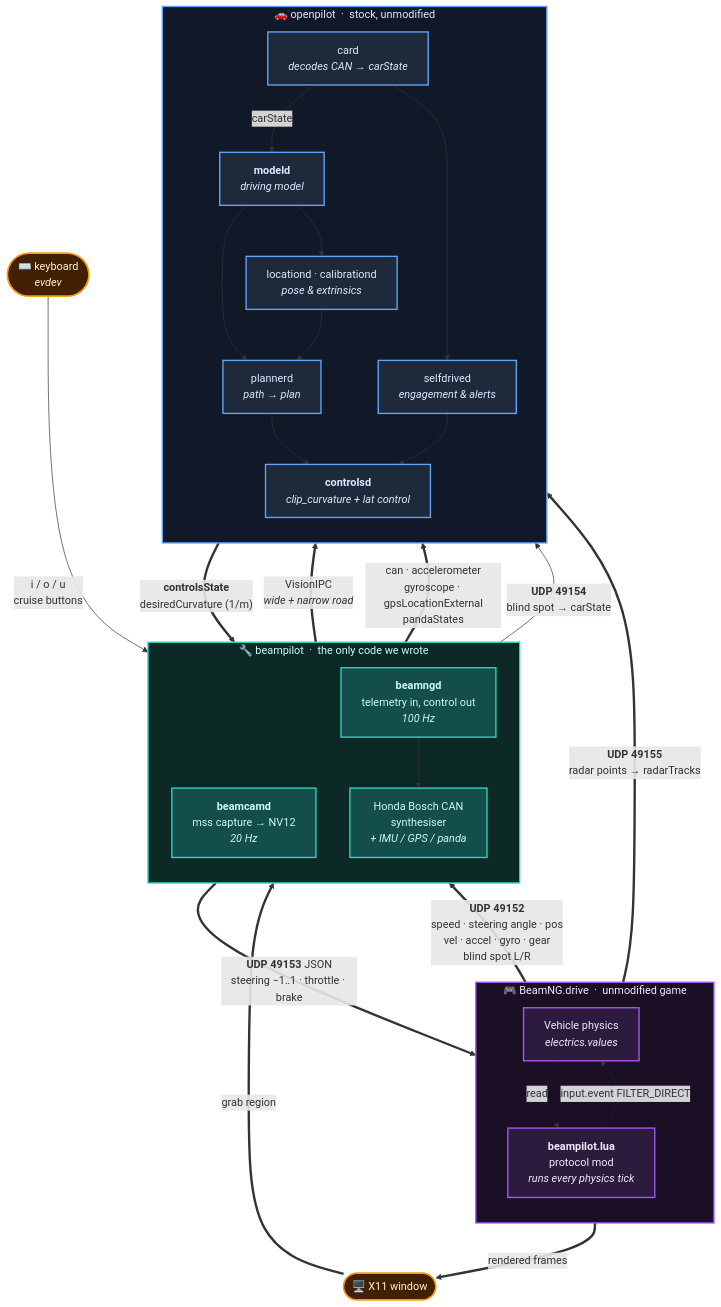
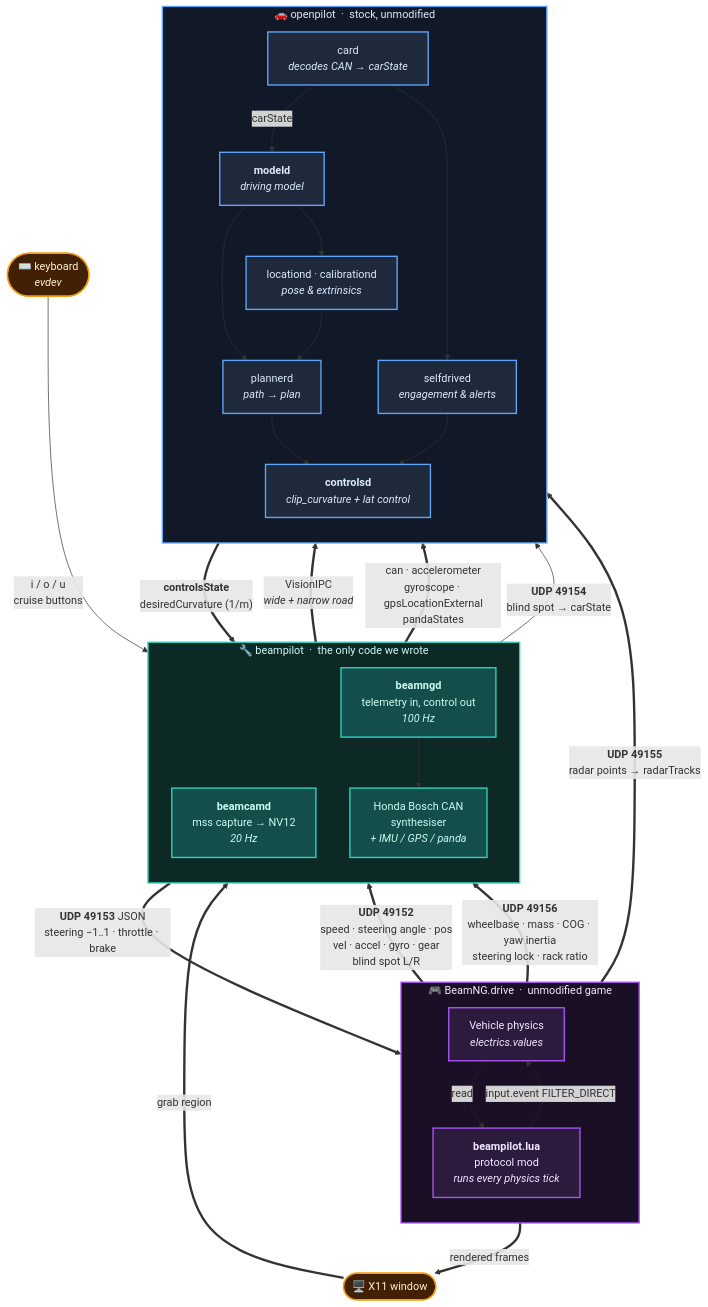
Before and after one commit to Caleb-J773/beampilot-drive: the first of 2 diagrams in README.md, drawn with Mermaid. The commit also changed other lines of this file and 16 other files, not shown here.

````diff
--- a/README.md
+++ b/README.md
@@ -877,67 +985,68 @@
 ```mermaid
 flowchart TB
     subgraph GAME["🎮 BeamNG.drive &nbsp;·&nbsp; unmodified game"]
         direction TB
         PHYS["Vehicle physics<br/><i>electrics.values</i>"]
         LUA["<b>beampilot.lua</b><br/>protocol mod<br/><i>runs every physics tick</i>"]
         PHYS -.->|"read"| LUA
         LUA -.->|"input.event FILTER_DIRECT"| PHYS
     end
 
     subgraph OURS["🔧 beampilot &nbsp;·&nbsp; the only code we wrote"]
         direction TB
         CAM["<b>beamcamd</b><br/>mss capture → NV12<br/><i>20 Hz</i>"]
         BNG["<b>beamngd</b><br/>telemetry in, control out<br/><i>100 Hz</i>"]
         FAKE["Honda Bosch CAN<br/>synthesiser<br/><i>+ IMU / GPS / panda</i>"]
         BNG --> FAKE
     end
 
     subgraph OP["🚗 openpilot &nbsp;·&nbsp; stock, unmodified"]
         direction TB
         CARD["card<br/><i>decodes CAN → carState</i>"]
         MODELD["<b>modeld</b><br/><i>driving model</i>"]
         LOC["locationd · calibrationd<br/><i>pose &amp; extrinsics</i>"]
         PLAN["plannerd<br/><i>path → plan</i>"]
         CTRL["<b>controlsd</b><br/><i>clip_curvature + lat control</i>"]
         SELF["selfdrived<br/><i>engagement &amp; alerts</i>"]
 
         CARD --> SELF
         MODELD --> PLAN
         MODELD --> LOC
         LOC --> PLAN
         PLAN --> CTRL
         SELF --> CTRL
     end
 
     SCREEN(["🖥️ X11 window"])
 
     GAME ==>|"rendered frames"| SCREEN
     SCREEN ==>|"grab region"| CAM
     LUA ==>|"<b>UDP 49152</b><br/>speed · steering angle · pos<br/>vel · accel · gyro · gear<br/>blind spot L/R"| BNG
     CAM ==>|"VisionIPC<br/><i>wide + narrow road</i>"| MODELD
     FAKE ==>|"can · accelerometer<br/>gyroscope · gpsLocationExternal<br/>pandaStates"| CARD
     BNG -->|"<b>UDP 49154</b><br/>blind spot → carState"| CARD
     LUA ==>|"<b>UDP 49155</b><br/>radar points → radarTracks"| CARD
+    LUA ==>|"<b>UDP 49156</b><br/>wheelbase · mass · COG · yaw inertia<br/>steering lock · rack ratio"| BNG
     CARD -->|"carState"| MODELD
     CTRL ==>|"<b>controlsState</b><br/>desiredCurvature (1/m)"| BNG
     BNG ==>|"<b>UDP 49153</b> JSON<br/>steering −1‥1 · throttle · brake"| LUA
 
     KEYS(["⌨️ keyboard<br/><i>evdev</i>"])
     KEYS -->|"i / o / u<br/>cruise buttons"| BNG
 
     classDef gameStyle fill:#2d1b3d,stroke:#a855f7,stroke-width:2px,color:#f3e8ff
     classDef oursStyle fill:#134e4a,stroke:#2dd4bf,stroke-width:2px,color:#ccfbf1
     classDef opStyle fill:#1e293b,stroke:#60a5fa,stroke-width:2px,color:#dbeafe
     classDef ioStyle fill:#422006,stroke:#f59e0b,stroke-width:2px,color:#fef3c7
 
     class PHYS,LUA gameStyle
     class CAM,BNG,FAKE oursStyle
     class CARD,MODELD,LOC,PLAN,CTRL,SELF opStyle
     class SCREEN,KEYS ioStyle
 
     %% subgraph containers -- explicit so they don't fall back to the theme's
     %% pale default, which clashes with the dark node fills in both GitHub modes
     style GAME fill:#1a0f24,stroke:#a855f7,stroke-width:2px,color:#f3e8ff
     style OURS fill:#0c2926,stroke:#2dd4bf,stroke-width:2px,color:#ccfbf1
     style OP fill:#111827,stroke:#60a5fa,stroke-width:2px,color:#dbeafe
 ```
````
